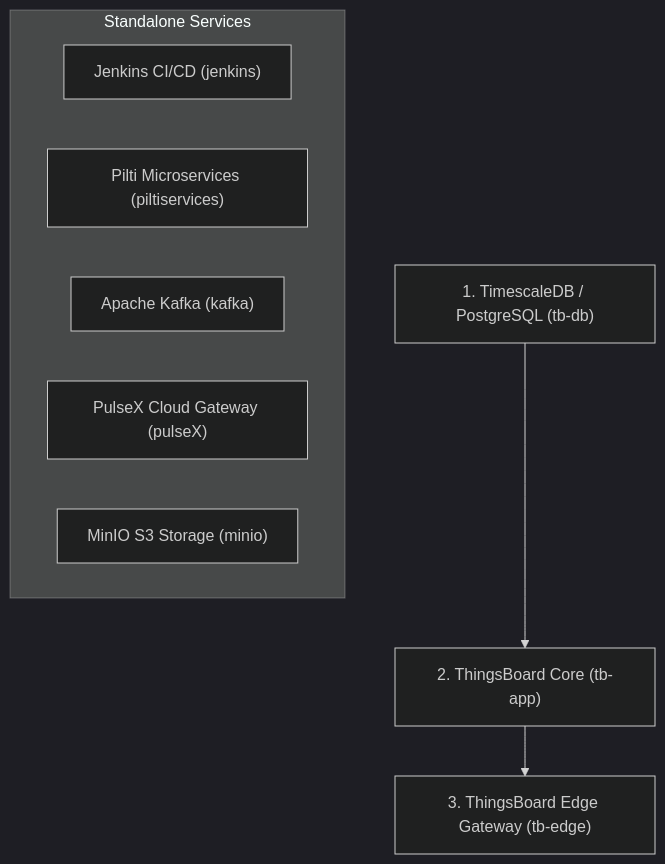
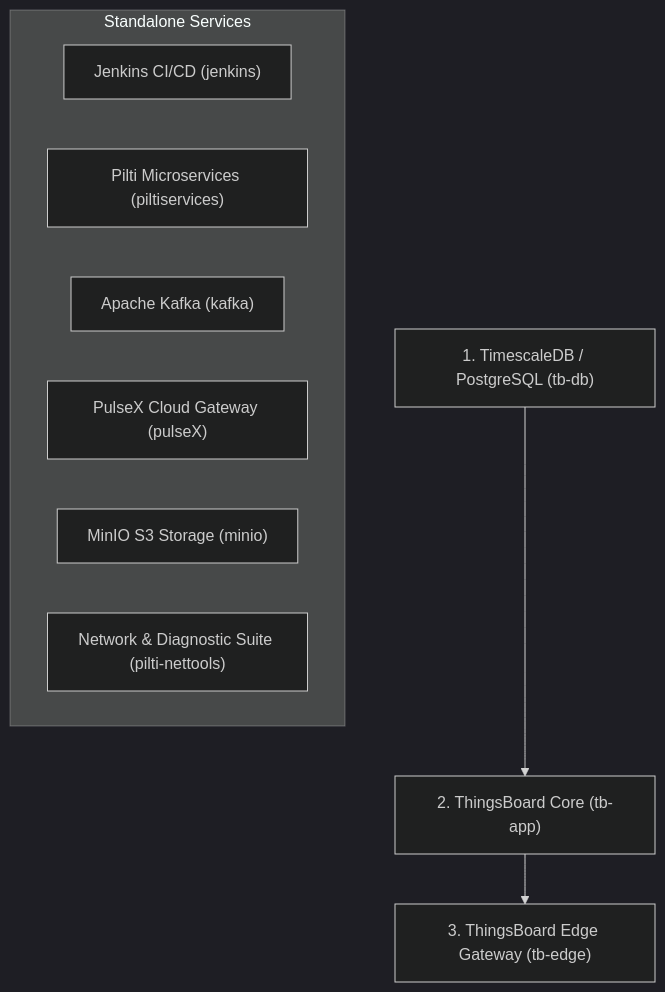
Before and after one commit to PiltiSmart/tb-stack-ps-cli: the diagram in README.md, drawn with Mermaid (dark theme). The commit also changed other lines of this file and 4 other files, not shown here.

Commit message:
feat(nettools): add cross-distro pilti-nettools network & diagnostic suite

````diff
--- a/README.md
+++ b/README.md
@@ -62,13 +63,14 @@
 ```mermaid
 graph TD
     DB["1. TimescaleDB / PostgreSQL (tb-db)"] --> APP["2. ThingsBoard Core (tb-app)"]
     APP --> EDGE["3. ThingsBoard Edge Gateway (tb-edge)"]
     
     subgraph Standalone Services
         JK["Jenkins CI/CD (jenkins)"]
         SVC["Pilti Microservices (piltiservices)"]
         KF["Apache Kafka (kafka)"]
         PX["PulseX Cloud Gateway (pulseX)"]
         MN["MinIO S3 Storage (minio)"]
+        NT["Network & Diagnostic Suite (pilti-nettools)"]
     end
 ```
````
